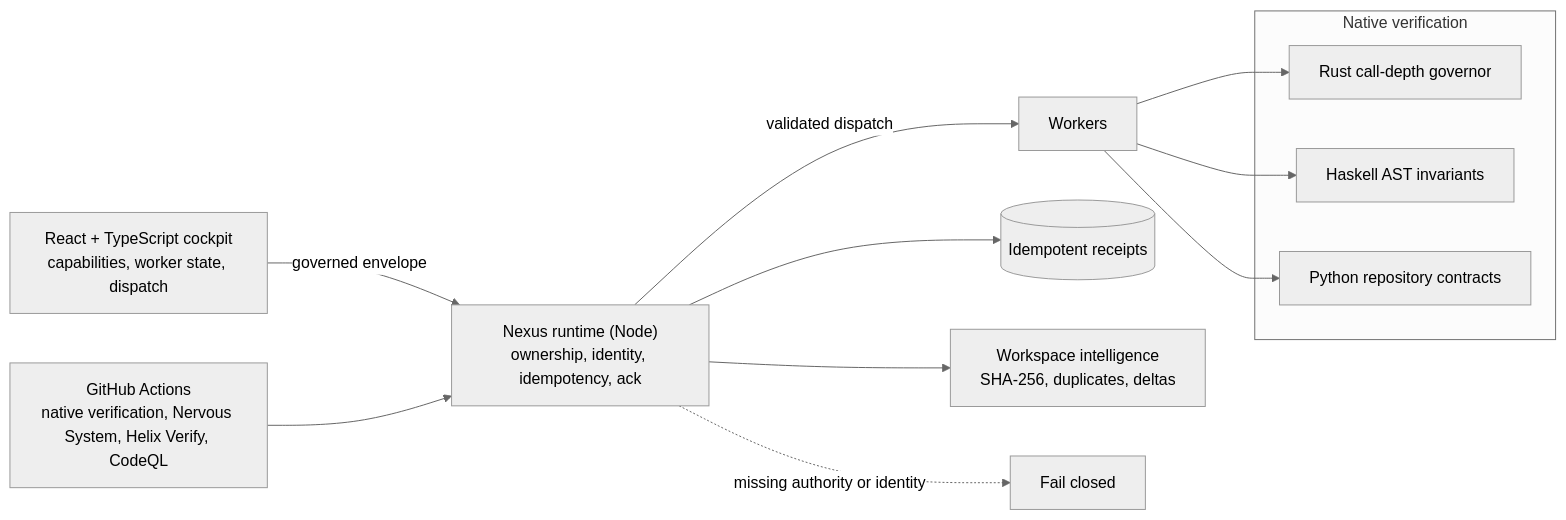
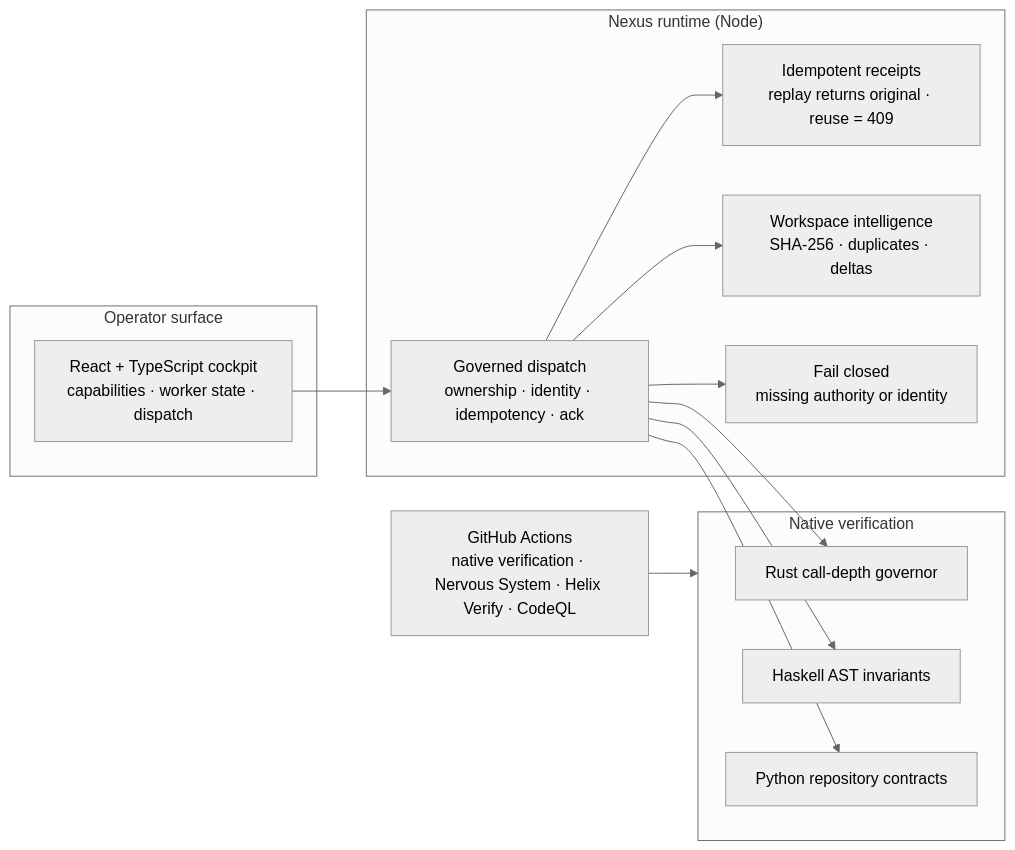
One commit to GlacierEQ/pro-code changed the diagram in README.md. Above: the diagram before and after it, drawn with Mermaid (neutral theme).

Commit message:
README: render architecture diagram with GitHub-safe mermaid (no edge labels)

````diff
--- a/README.md
+++ b/README.md
@@ -23,17 +23,26 @@
 ```mermaid
 flowchart LR
-  UI["React + TypeScript cockpit<br/>capabilities, worker state, dispatch"] -->|governed envelope| NX["Nexus runtime (Node)<br/>ownership, identity, idempotency, ack"]
-  NX -->|validated dispatch| W["Workers"]
-  NX --> R[("Idempotent receipts")]
-  NX --> WI["Workspace intelligence<br/>SHA-256, duplicates, deltas"]
-  NX -.->|missing authority or identity| FC["Fail closed"]
-  subgraph NV["Native verification"]
-    RS["Rust call-depth governor"]
-    HS["Haskell AST invariants"]
-    PY["Python repository contracts"]
-  end
-  W --> RS
-  W --> HS
-  W --> PY
-  CI["GitHub Actions<br/>native verification, Nervous System, Helix Verify, CodeQL"] --> NX
+    subgraph Cockpit["Operator surface"]
+        UI["React + TypeScript cockpit<br/>capabilities · worker state · dispatch"]
+    end
+    subgraph Runtime["Nexus runtime (Node)"]
+        NX["Governed dispatch<br/>ownership · identity · idempotency · ack"]
+        R["Idempotent receipts<br/>replay returns original · reuse = 409"]
+        WI["Workspace intelligence<br/>SHA-256 · duplicates · deltas"]
+        FC["Fail closed<br/>missing authority or identity"]
+    end
+    subgraph Native["Native verification"]
+        RS["Rust call-depth governor"]
+        HS["Haskell AST invariants"]
+        PY["Python repository contracts"]
+    end
+    CI["GitHub Actions<br/>native verification · Nervous System · Helix Verify · CodeQL"]
+    UI --> NX
+    NX --> R
+    NX --> WI
+    NX --> FC
+    NX --> RS
+    NX --> HS
+    NX --> PY
+    CI --> Native
 ```
````
